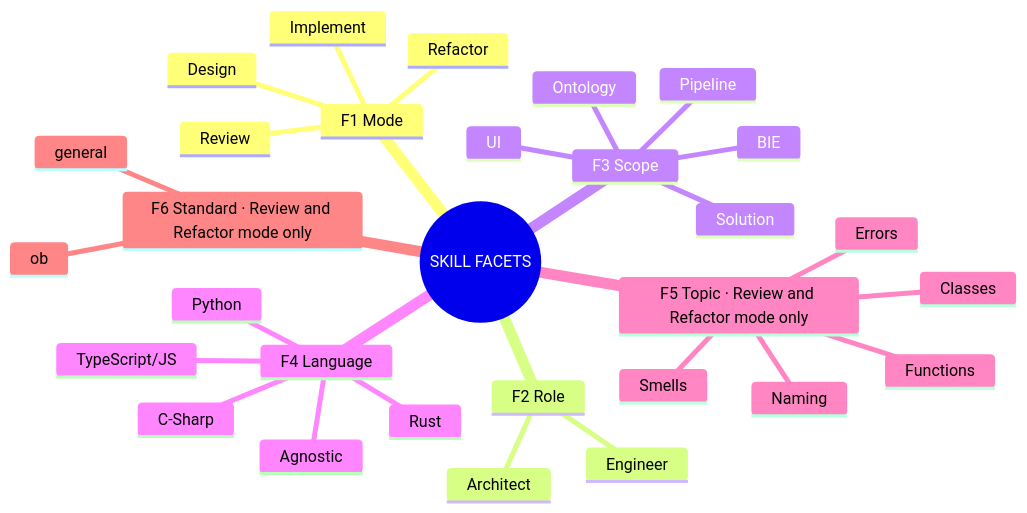
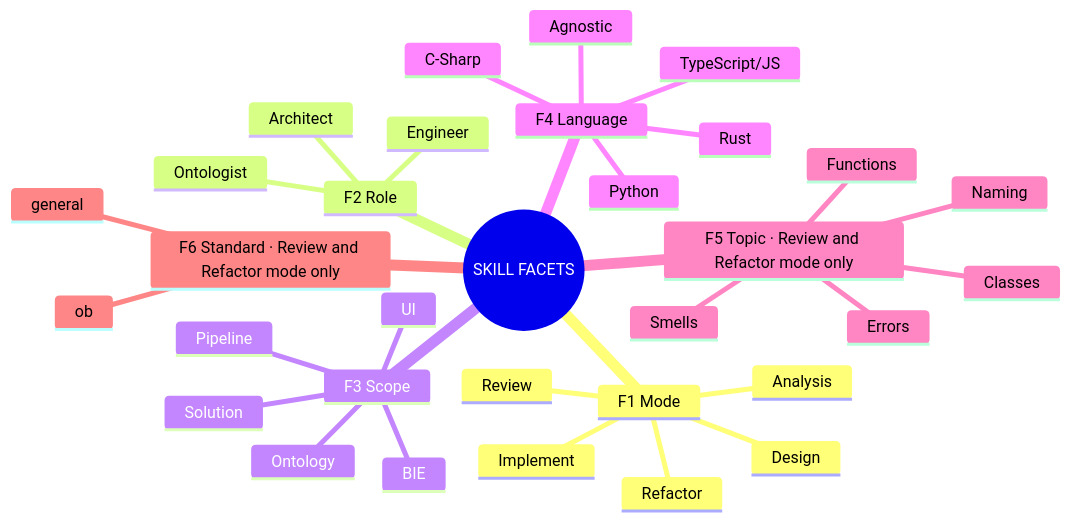
One commit to OntoLedgy/ol_ai_context_library changed the first of 3 diagrams in skills/SKILL-ARCHITECTURE.md. Above: the diagram before and after it, drawn with Mermaid. The commit also changed other lines of this file and 5 other files, not shown here.

Commit message:
docs(skills): add ontologist role and architecture docs

````diff
--- a/skills/SKILL-ARCHITECTURE.md
+++ b/skills/SKILL-ARCHITECTURE.md
@@ -9,33 +9,35 @@
 ```mermaid
 mindmap
   root((SKILL FACETS))
     F1 Mode
       Design
       Implement
+      Analysis
       Review
       Refactor
     F2 Role
       Architect
       Engineer
+      Ontologist
     F3 Scope
       Solution
       Ontology
       Pipeline
       UI
       BIE
     F4 Language
       Agnostic
       Python
       TypeScript/JS
       C-Sharp
       Rust
     F5 Topic · Review and Refactor mode only
       Functions
       Classes
       Naming
       Errors
       Smells
     F6 Standard · Review and Refactor mode only
       general
       ob
 ```
````
